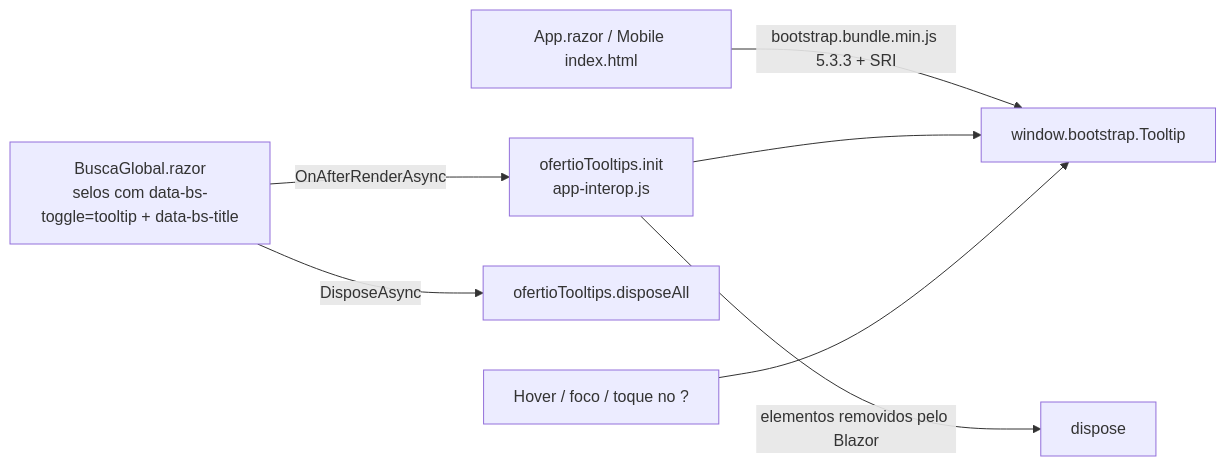
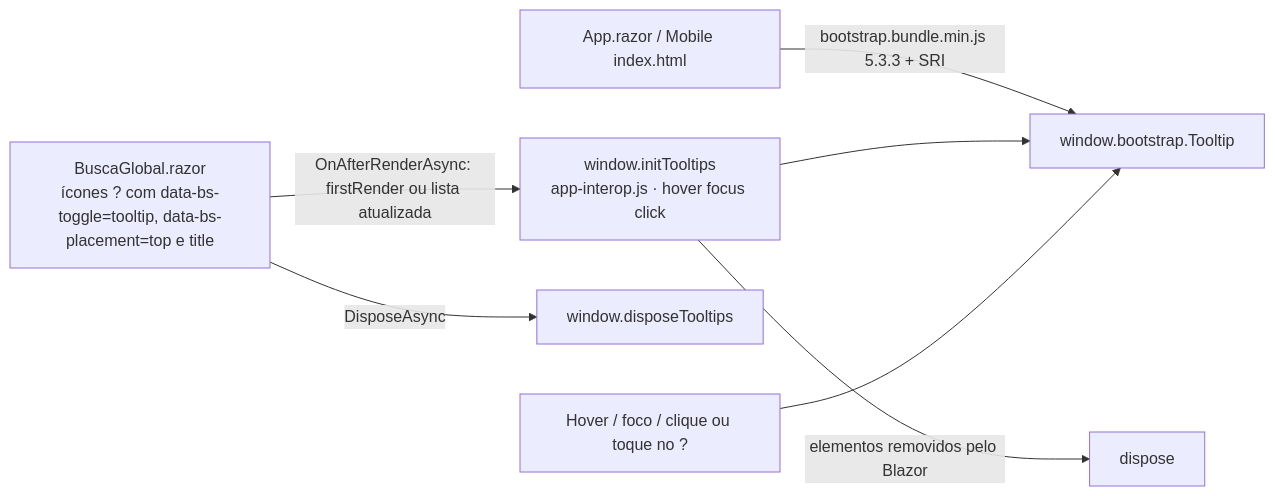
Before and after one commit to ronyaraujodeveloper/TecFlow: diagram 28 of 34 in docs/DIAGRAMAS_ARQUITETURA.md, drawn with Mermaid. The commit also changed other lines of this file and 14 other files, not shown here.

Commit message:
feat(busca): relevancia nativa do ML como ordenacao padrao, categorias em 1 clique, filtro anti-acessorios e tooltips nos icones com initTooltips

````diff
--- a/docs/DIAGRAMAS_ARQUITETURA.md
+++ b/docs/DIAGRAMAS_ARQUITETURA.md
@@ -1734,9 +1734,9 @@
 ```mermaid
 flowchart LR
   APP[App.razor / Mobile index.html] -->|bootstrap.bundle.min.js 5.3.3 + SRI| BS[window.bootstrap.Tooltip]
-  BG[BuscaGlobal.razor<br/>selos com data-bs-toggle=tooltip + data-bs-title] -->|OnAfterRenderAsync| INIT[ofertioTooltips.init<br/>app-interop.js]
+  BG[BuscaGlobal.razor<br/>ícones ? com data-bs-toggle=tooltip, data-bs-placement=top e title] -->|OnAfterRenderAsync: firstRender ou lista atualizada| INIT[window.initTooltips<br/>app-interop.js · hover focus click]
   INIT --> BS
   INIT -->|elementos removidos pelo Blazor| PRUNE[dispose]
-  BG -->|DisposeAsync| DISP[ofertioTooltips.disposeAll]
-  USER[Hover / foco / toque no ?] --> BS
+  BG -->|DisposeAsync| DISP[window.disposeTooltips]
+  USER[Hover / foco / clique ou toque no ?] --> BS
 ```
````
